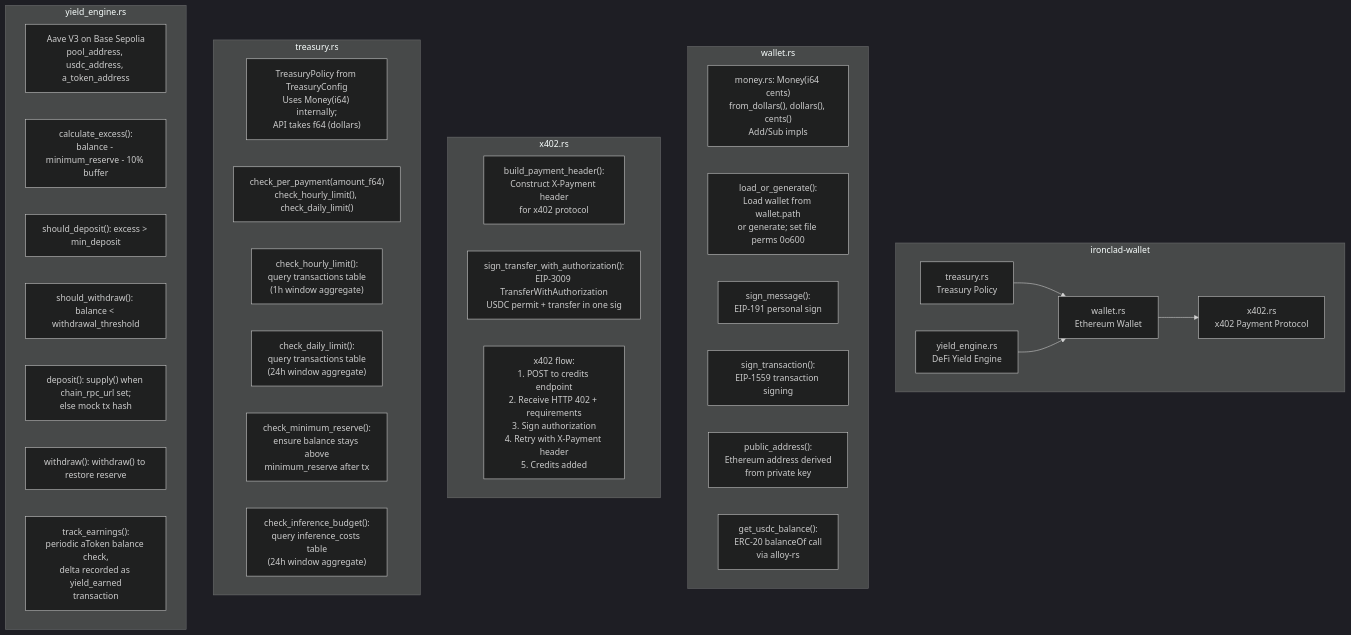
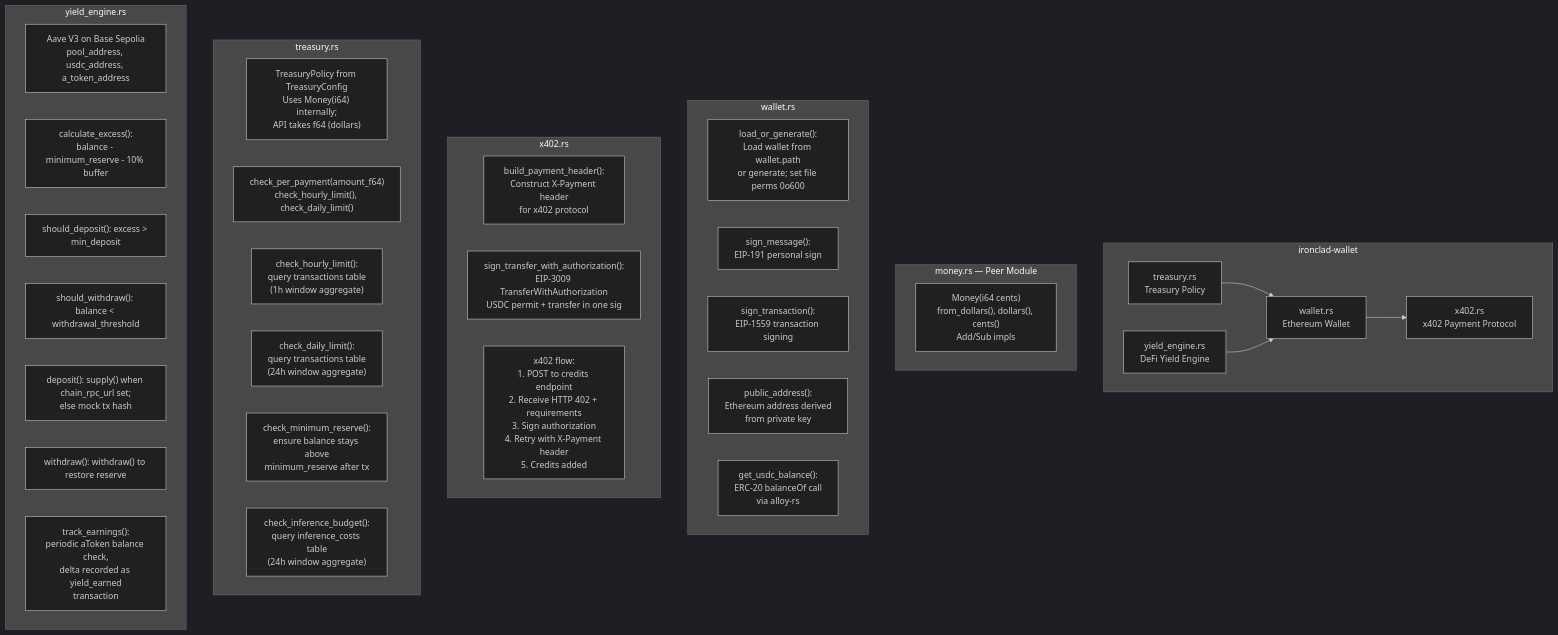
The first of 2 diagrams in docs/architecture/ironclad-c4-wallet.md (robot-accomplice/ironclad), drawn with Mermaid (dark theme) before and after one commit. The commit also changed 16 other files, not shown here.

First line of the commit message:
docs: remediate architecture drift — update all diagrams to v0.8.0

````diff
--- a/docs/architecture/ironclad-c4-wallet.md
+++ b/docs/architecture/ironclad-c4-wallet.md
@@ -9,47 +9,50 @@
 ```mermaid
 flowchart TB
     subgraph IroncladWallet ["ironclad-wallet"]
         WALLET["wallet.rs<br/>Ethereum Wallet"]
         X402["x402.rs<br/>x402 Payment Protocol"]
         TREASURY["treasury.rs<br/>Treasury Policy"]
         YIELD["yield_engine.rs<br/>DeFi Yield Engine"]
     end
 
+    subgraph MoneyDetail ["money.rs — Peer Module"]
+        MONEY["Money(i64 cents)<br/>from_dollars(), dollars(), cents()<br/>Add/Sub impls"]
+    end
+
     subgraph WalletDetail ["wallet.rs"]
-        MONEY["money.rs: Money(i64 cents)<br/>from_dollars(), dollars(), cents()<br/>Add/Sub impls"]
         LOAD["load_or_generate():<br/>Load wallet from wallet.path<br/>or generate; set file perms 0o600"]
         SIGN_MSG["sign_message():<br/>EIP-191 personal sign"]
         SIGN_TX["sign_transaction():<br/>EIP-1559 transaction signing"]
         PUB_ADDR["public_address():<br/>Ethereum address derived<br/>from private key"]
         BALANCE["get_usdc_balance():<br/>ERC-20 balanceOf call<br/>via alloy-rs"]
     end
 
     subgraph X402Detail ["x402.rs"]
         BUILD_HEADER["build_payment_header():<br/>Construct X-Payment header<br/>for x402 protocol"]
         SIGN_AUTH["sign_transfer_with_authorization():<br/>EIP-3009 TransferWithAuthorization<br/>USDC permit + transfer in one sig"]
         X402_FLOW["x402 flow:<br/>1. POST to credits endpoint<br/>2. Receive HTTP 402 + requirements<br/>3. Sign authorization<br/>4. Retry with X-Payment header<br/>5. Credits added"]
     end
 
     subgraph TreasuryDetail ["treasury.rs"]
         POLICY_STRUCT["TreasuryPolicy from TreasuryConfig<br/>Uses Money(i64) internally;<br/>API takes f64 (dollars)"]
         CHECK_PAYMENT["check_per_payment(amount_f64)<br/>check_hourly_limit(), check_daily_limit()"]
         CHECK_HOURLY["check_hourly_limit():<br/>query transactions table<br/>(1h window aggregate)"]
         CHECK_DAILY["check_daily_limit():<br/>query transactions table<br/>(24h window aggregate)"]
         CHECK_RESERVE["check_minimum_reserve():<br/>ensure balance stays above<br/>minimum_reserve after tx"]
         CHECK_INFERENCE["check_inference_budget():<br/>query inference_costs table<br/>(24h window aggregate)"]
     end
 
     subgraph YieldDetail ["yield_engine.rs"]
         AAVE_V3["Aave V3 on Base Sepolia<br/>pool_address, usdc_address, a_token_address"]
         CALC_EXCESS["calculate_excess():<br/>balance - minimum_reserve - 10% buffer"]
         SHOULD_DEPOSIT["should_deposit(): excess > min_deposit"]
         SHOULD_WITHDRAW["should_withdraw(): balance < withdrawal_threshold"]
         AAVE_DEPOSIT["deposit(): supply() when chain_rpc_url set;<br/>else mock tx hash"]
         AAVE_WITHDRAW["withdraw(): withdraw() to restore reserve"]
         TRACK_EARNINGS["track_earnings():<br/>periodic aToken balance check,<br/>delta recorded as yield_earned<br/>transaction"]
     end
 
     WALLET --> X402
     TREASURY --> WALLET
     YIELD --> WALLET
 ```
````
